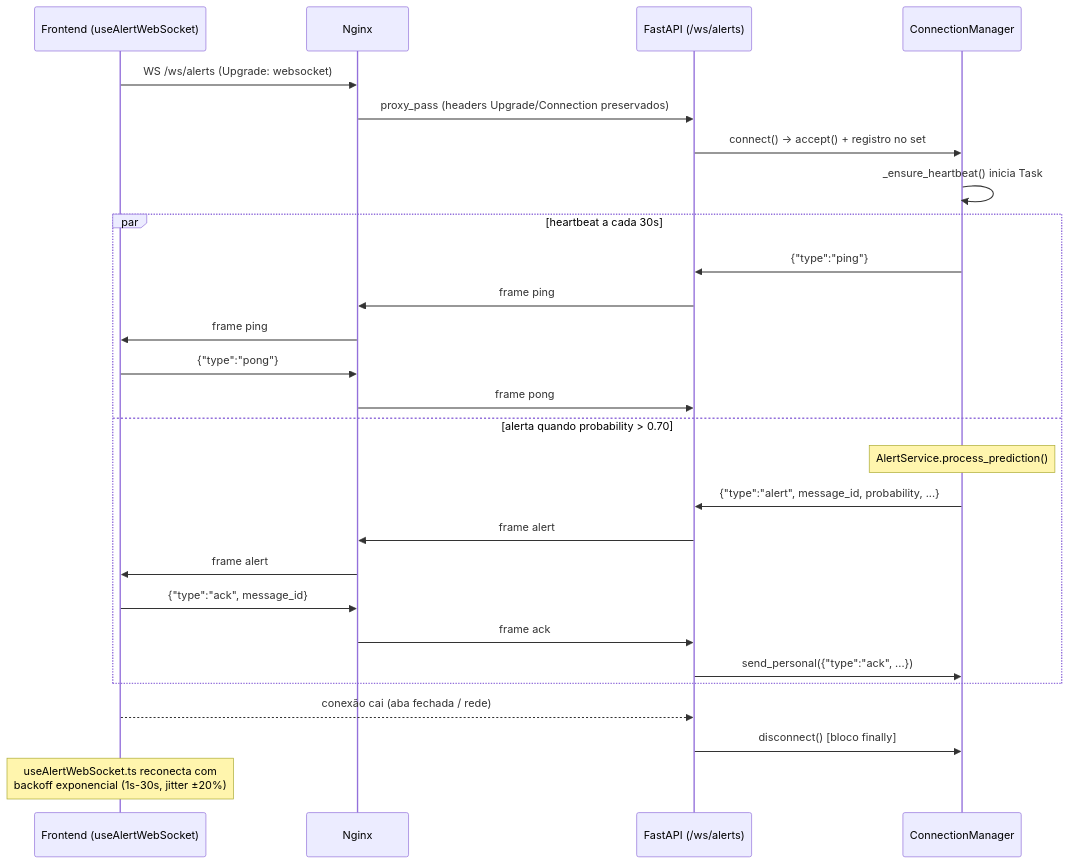
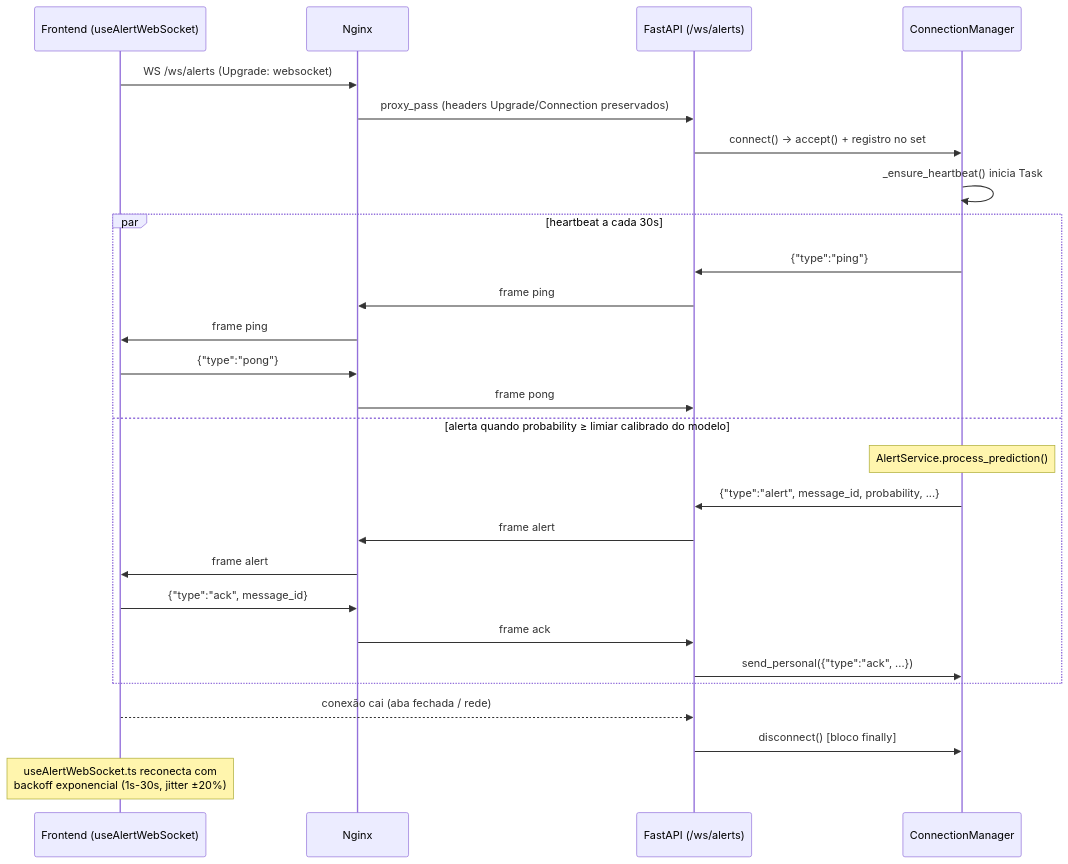
Before and after one commit to ronaldosimeone/tcc-project: the third of 15 diagrams in README.md, drawn with Mermaid. The commit also changed other lines of this file and 3 other files, not shown here.

````diff
--- a/README.md
+++ b/README.md
@@ -422,32 +422,32 @@
 ```mermaid
 sequenceDiagram
     participant FE as Frontend (useAlertWebSocket)
     participant NG as Nginx
     participant API as FastAPI (/ws/alerts)
     participant CM as ConnectionManager
 
     FE->>NG: WS /ws/alerts (Upgrade: websocket)
     NG->>API: proxy_pass (headers Upgrade/Connection preservados)
     API->>CM: connect() -> accept() + registro no set
     CM->>CM: _ensure_heartbeat() inicia Task
 
     par heartbeat a cada 30s
         CM->>API: {"type":"ping"}
         API->>NG: frame ping
         NG->>FE: frame ping
         FE->>NG: {"type":"pong"}
         NG->>API: frame pong
-    and alerta quando probability > 0.70
+    and alerta quando probability ≥ limiar calibrado do modelo
         Note over CM: AlertService.process_prediction()
         CM->>API: {"type":"alert", message_id, probability, ...}
         API->>NG: frame alert
         NG->>FE: frame alert
         FE->>NG: {"type":"ack", message_id}
         NG->>API: frame ack
         API->>CM: send_personal({"type":"ack", ...})
     end
 
     FE-->>API: conexão cai (aba fechada / rede)
     API->>CM: disconnect() [bloco finally]
     Note over FE: useAlertWebSocket.ts reconecta com<br/>backoff exponencial (1s-30s, jitter ±20%)
 ```
````
